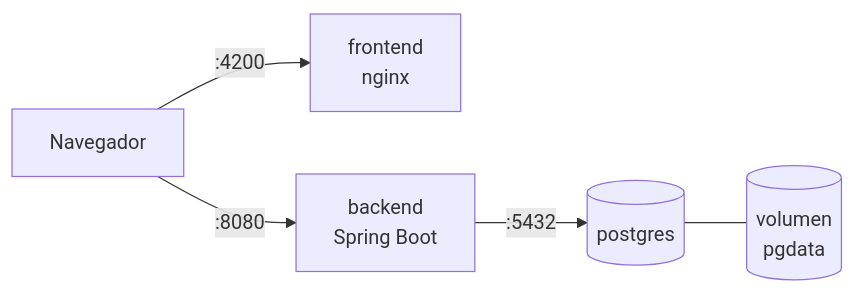
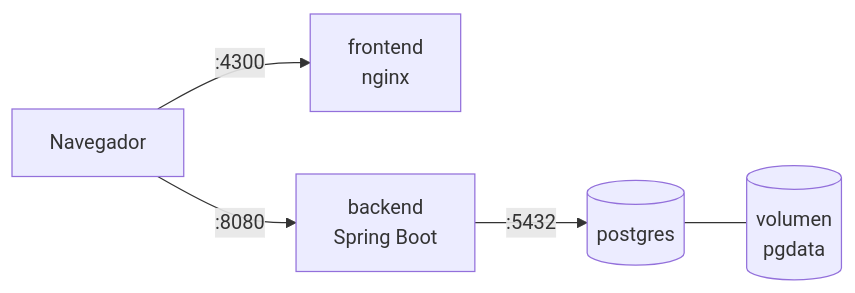
Before and after one commit to Sofialjure/prueba-tecnica-entidad-financiera: the diagram in docs/06-despliegue.md, drawn with Mermaid. The commit also changed other lines of this file and 3 other files, not shown here.

````diff
--- a/docs/06-despliegue.md
+++ b/docs/06-despliegue.md
@@ -13,7 +13,7 @@
 ```mermaid
 flowchart LR
-    B[Navegador] -->|:4200| FE[frontend<br/>nginx]
+    B[Navegador] -->|:4300| FE[frontend<br/>nginx]
     B -->|:8080| BE[backend<br/>Spring Boot]
     BE -->|:5432| DB[(postgres)]
     DB --- V[(volumen<br/>pgdata)]
 ```
````
